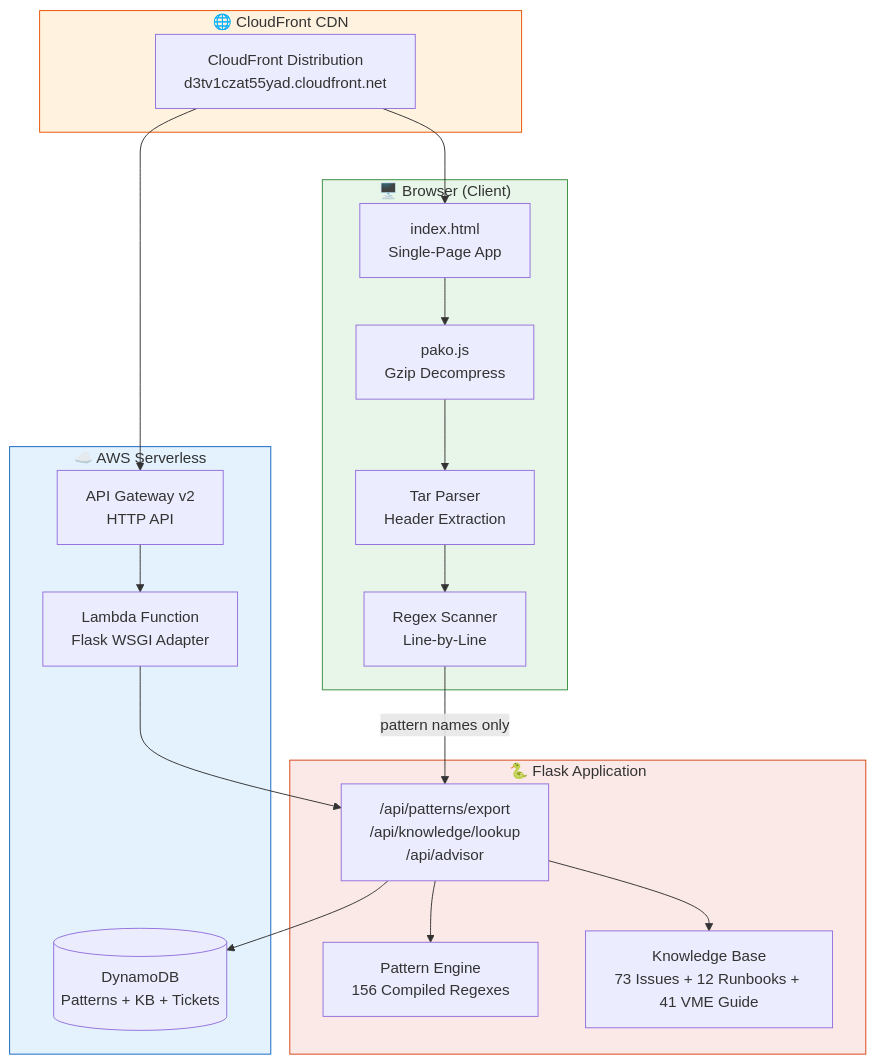
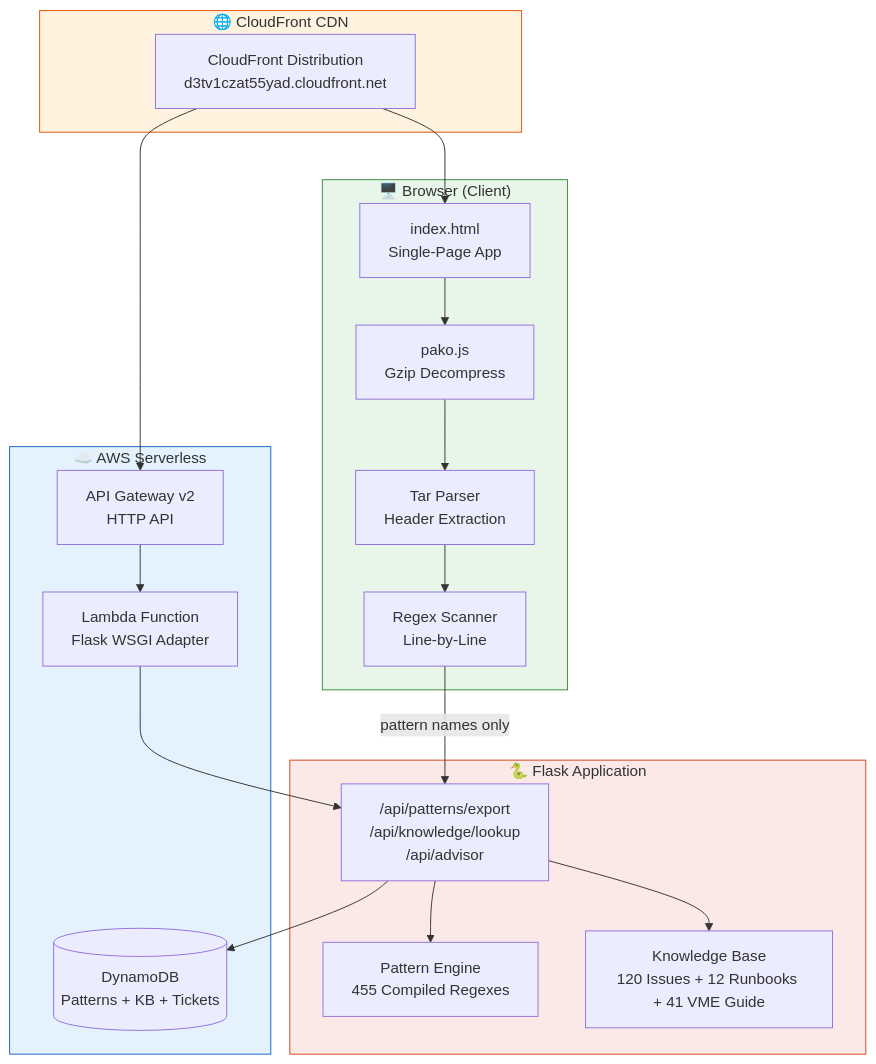
Diagram 11 of 15 in README.md (yadakrishna245/Log_analysis), drawn with Mermaid before and after one commit. The commit also changed other lines of this file, not shown here.

Commit message:
docs: Update README - 455 patterns, 120 issues, 14 categories, Docker section, proper folder structure

````diff
--- a/README.md
+++ b/README.md
@@ -458,43 +458,43 @@
 ```mermaid
 graph TB
     subgraph CDN["🌐 CloudFront CDN"]
         CF[CloudFront Distribution<br/>d3tv1czat55yad.cloudfront.net]
     end
 
     subgraph SERVERLESS["☁️ AWS Serverless"]
         APIGW[API Gateway v2<br/>HTTP API]
         LAMBDA[Lambda Function<br/>Flask WSGI Adapter]
         DYNAMO[(DynamoDB<br/>Patterns + KB + Tickets)]
     end
 
     subgraph FLASK["🐍 Flask Application"]
         ROUTES["/api/patterns/export<br/>/api/knowledge/lookup<br/>/api/advisor"]
-        ENGINE[Pattern Engine<br/>156 Compiled Regexes]
-        KB[Knowledge Base<br/>73 Issues + 12 Runbooks + 41 VME Guide]
+        ENGINE[Pattern Engine<br/>455 Compiled Regexes]
+        KB[Knowledge Base<br/>120 Issues + 12 Runbooks + 41 VME Guide]
     end
 
     subgraph BROWSER["🖥️ Browser (Client)"]
         HTML[index.html<br/>Single-Page App]
         PAKO[pako.js<br/>Gzip Decompress]
         TARPARSER[Tar Parser<br/>Header Extraction]
         SCANNER[Regex Scanner<br/>Line-by-Line]
     end
 
     CF --> APIGW
     APIGW --> LAMBDA
     LAMBDA --> ROUTES
     ROUTES --> ENGINE
     ROUTES --> KB
     ROUTES --> DYNAMO
 
     CF --> HTML
     HTML --> PAKO
     PAKO --> TARPARSER
     TARPARSER --> SCANNER
     SCANNER -->|pattern names only| ROUTES
 
     style CDN fill:#fff3e0,stroke:#e65100
     style SERVERLESS fill:#e3f2fd,stroke:#1565c0
     style FLASK fill:#fbe9e7,stroke:#d84315
     style BROWSER fill:#e8f5e9,stroke:#388e3c
 ```
````
